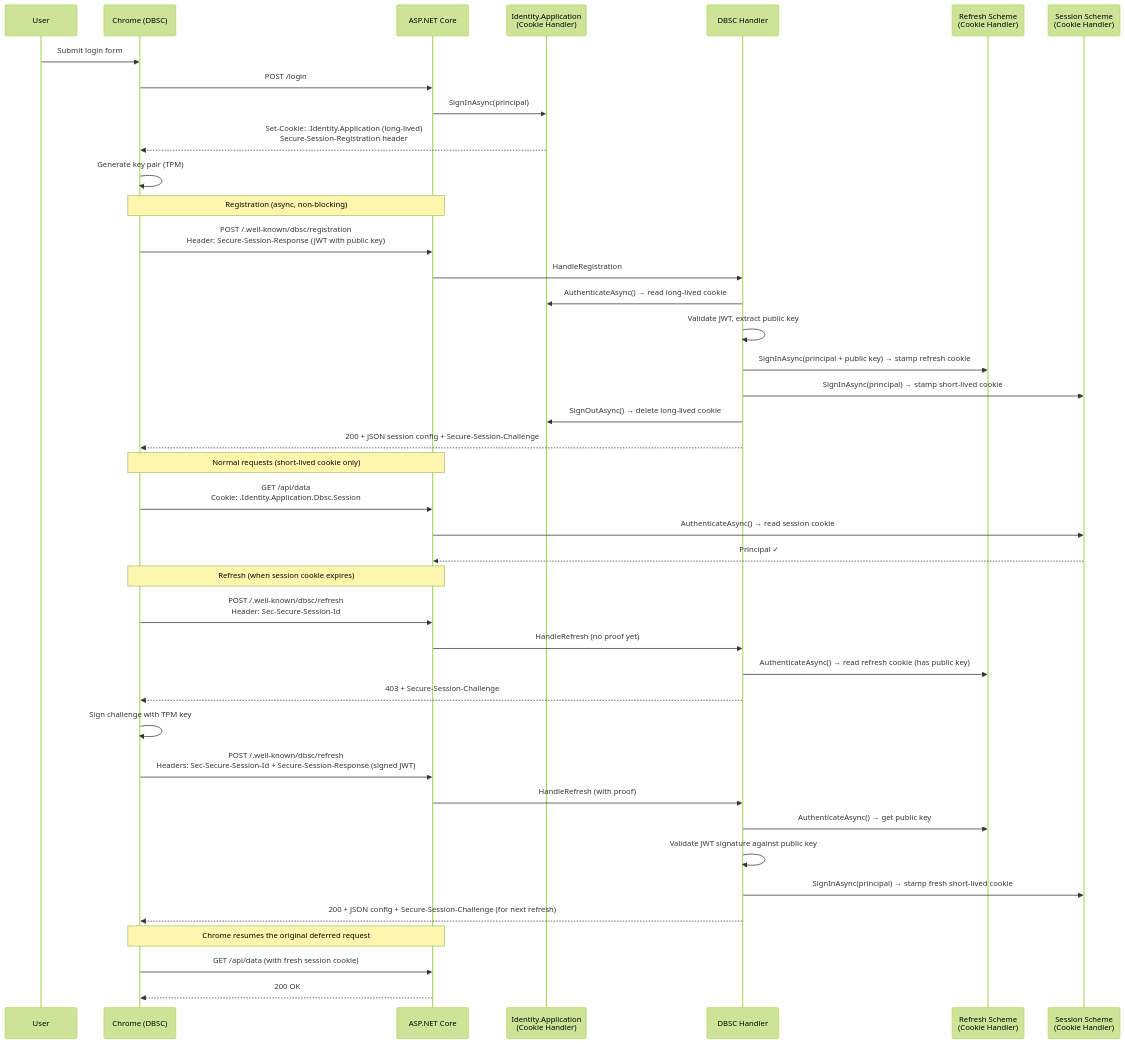
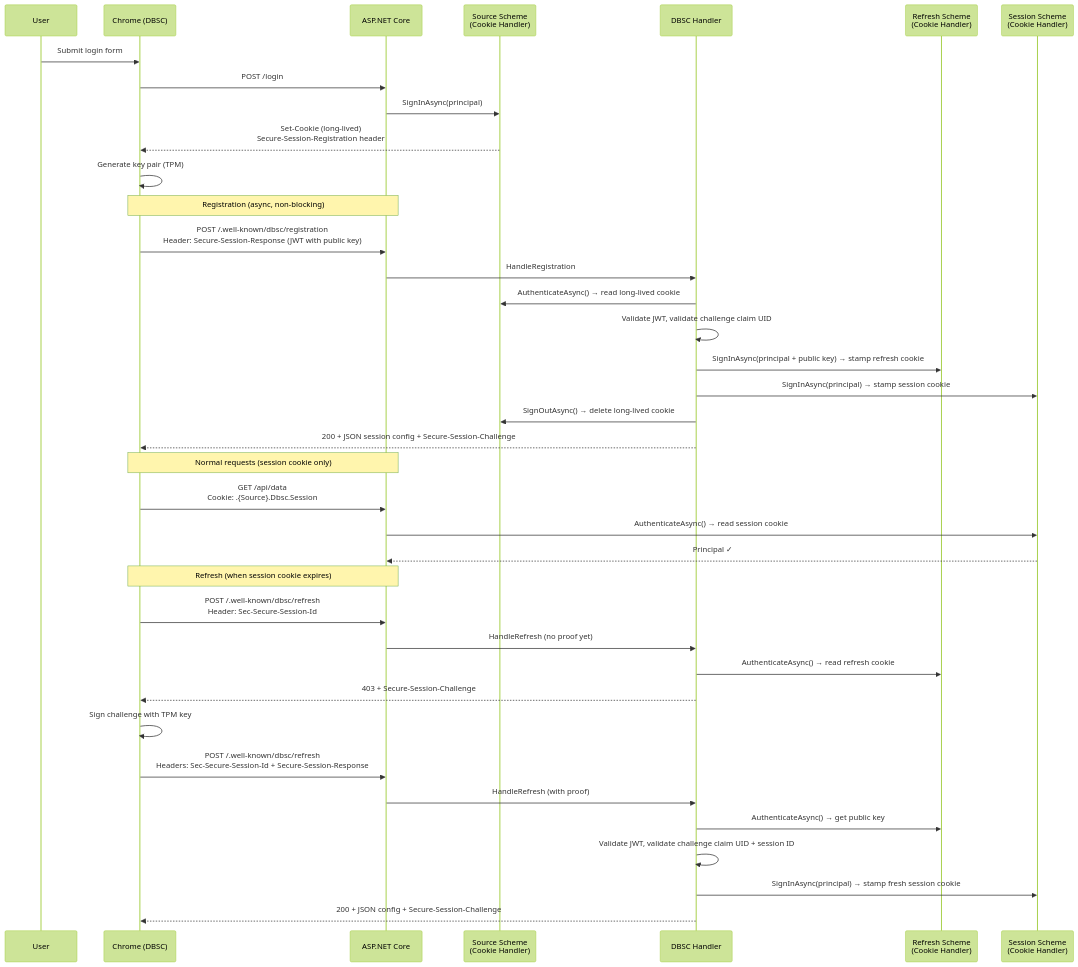
The second of 2 diagrams in src/Security/Authentication/DeviceBoundSessions/plans/dbsc-design.md (dotnet/aspnetcore), drawn with Mermaid (forest theme) before and after one commit. The commit also changed other lines of this file, not shown here.

````diff
--- a/src/Security/Authentication/DeviceBoundSessions/plans/dbsc-design.md
+++ b/src/Security/Authentication/DeviceBoundSessions/plans/dbsc-design.md
@@ -85,49 +95,45 @@
 ```mermaid
 sequenceDiagram
     participant User
     participant Browser as Chrome (DBSC)
     participant App as ASP.NET Core
-    participant Identity as Identity.Application<br/>(Cookie Handler)
+    participant Source as Source Scheme<br/>(Cookie Handler)
     participant DBSC as DBSC Handler
     participant Refresh as Refresh Scheme<br/>(Cookie Handler)
     participant Session as Session Scheme<br/>(Cookie Handler)
 
     User->>Browser: Submit login form
     Browser->>App: POST /login
-    App->>Identity: SignInAsync(principal)
-    Identity-->>Browser: Set-Cookie: .Identity.Application (long-lived)<br/>Secure-Session-Registration header
+    App->>Source: SignInAsync(principal)
+    Source-->>Browser: Set-Cookie (long-lived)<br/>Secure-Session-Registration header
     Browser->>Browser: Generate key pair (TPM)
 
     Note over Browser,App: Registration (async, non-blocking)
     Browser->>App: POST /.well-known/dbsc/registration<br/>Header: Secure-Session-Response (JWT with public key)
     App->>DBSC: HandleRegistration
-    DBSC->>Identity: AuthenticateAsync() → read long-lived cookie
-    DBSC->>DBSC: Validate JWT, extract public key
+    DBSC->>Source: AuthenticateAsync() → read long-lived cookie
+    DBSC->>DBSC: Validate JWT, validate challenge claim UID
     DBSC->>Refresh: SignInAsync(principal + public key) → stamp refresh cookie
-    DBSC->>Session: SignInAsync(principal) → stamp short-lived cookie
-    DBSC->>Identity: SignOutAsync() → delete long-lived cookie
+    DBSC->>Session: SignInAsync(principal) → stamp session cookie
+    DBSC->>Source: SignOutAsync() → delete long-lived cookie
     DBSC-->>Browser: 200 + JSON session config + Secure-Session-Challenge
 
-    Note over Browser,App: Normal requests (short-lived cookie only)
-    Browser->>App: GET /api/data<br/>Cookie: .Identity.Application.Dbsc.Session
+    Note over Browser,App: Normal requests (session cookie only)
+    Browser->>App: GET /api/data<br/>Cookie: .{Source}.Dbsc.Session
     App->>Session: AuthenticateAsync() → read session cookie
     Session-->>App: Principal ✓
 
     Note over Browser,App: Refresh (when session cookie expires)
     Browser->>App: POST /.well-known/dbsc/refresh<br/>Header: Sec-Secure-Session-Id
     App->>DBSC: HandleRefresh (no proof yet)
-    DBSC->>Refresh: AuthenticateAsync() → read refresh cookie (has public key)
+    DBSC->>Refresh: AuthenticateAsync() → read refresh cookie
     DBSC-->>Browser: 403 + Secure-Session-Challenge
 
     Browser->>Browser: Sign challenge with TPM key
-    Browser->>App: POST /.well-known/dbsc/refresh<br/>Headers: Sec-Secure-Session-Id + Secure-Session-Response (signed JWT)
+    Browser->>App: POST /.well-known/dbsc/refresh<br/>Headers: Sec-Secure-Session-Id + Secure-Session-Response
     App->>DBSC: HandleRefresh (with proof)
     DBSC->>Refresh: AuthenticateAsync() → get public key
-    DBSC->>DBSC: Validate JWT signature against public key
-    DBSC->>Session: SignInAsync(principal) → stamp fresh short-lived cookie
-    DBSC-->>Browser: 200 + JSON config + Secure-Session-Challenge (for next refresh)
-
-    Note over Browser,App: Chrome resumes the original deferred request
-    Browser->>App: GET /api/data (with fresh session cookie)
-    App-->>Browser: 200 OK
+    DBSC->>DBSC: Validate JWT, validate challenge claim UID + session ID
+    DBSC->>Session: SignInAsync(principal) → stamp fresh session cookie
+    DBSC-->>Browser: 200 + JSON config + Secure-Session-Challenge
 ```
````
